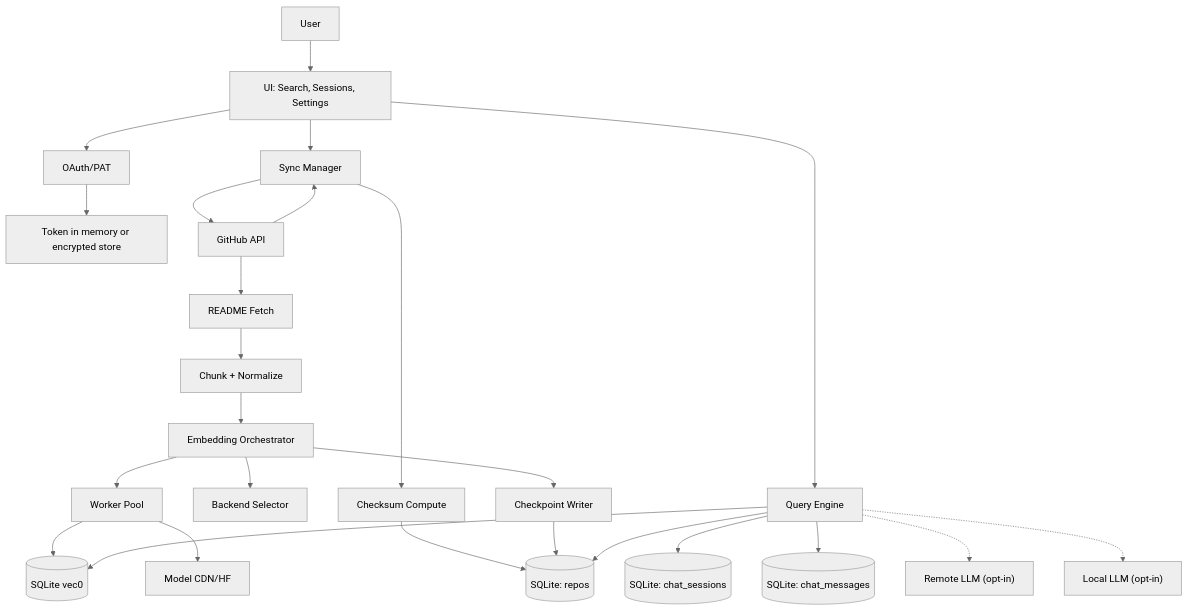
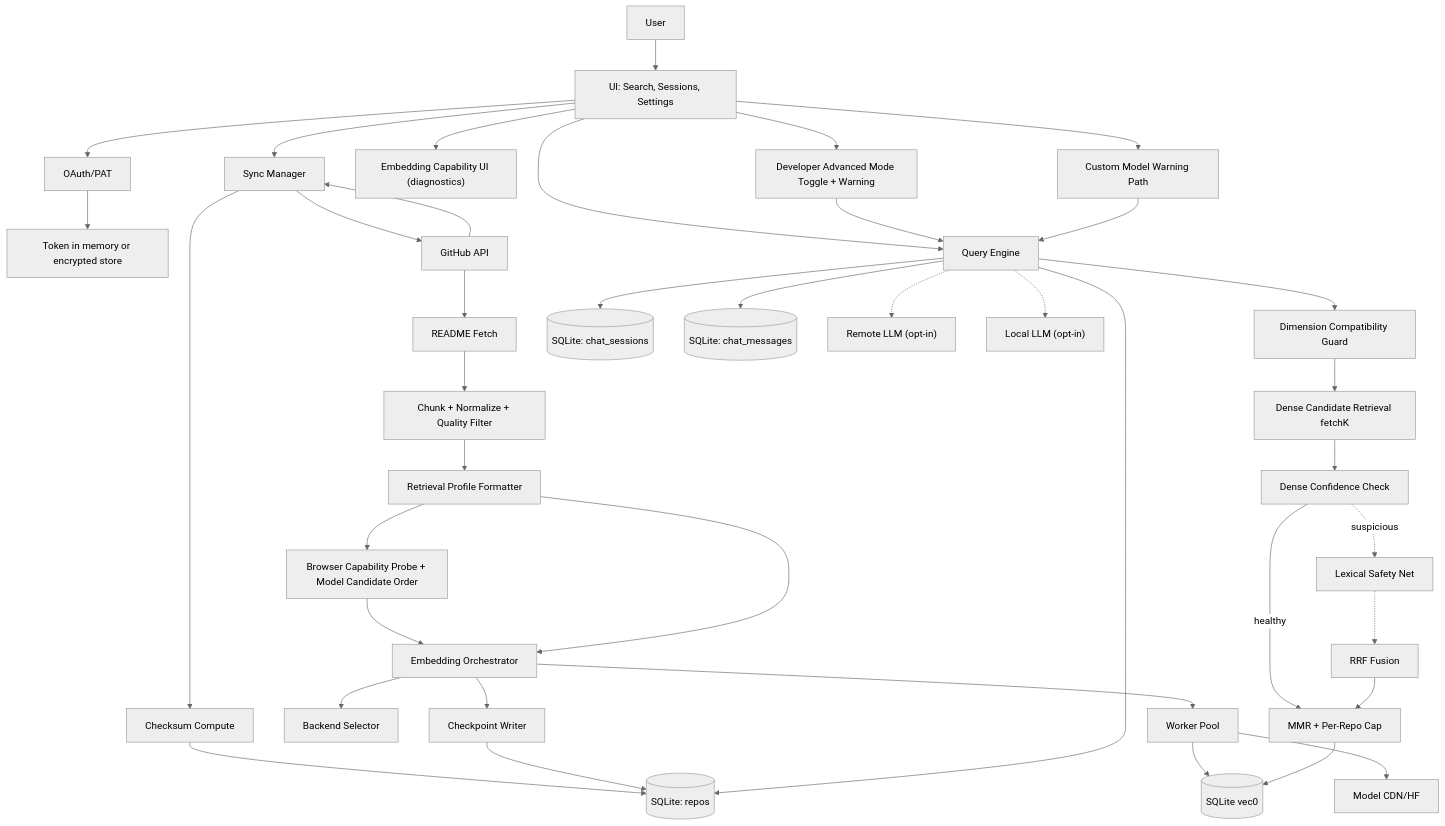
One commit to Abhinandan-Khurana/GitStarRecall changed the second of 2 diagrams in docs/dfd-diagrams.md. Above: the diagram before and after it, drawn with Mermaid (neutral theme). The commit also changed other lines of this file and 9 other files, not shown here.

Commit message:
docs: align architecture and usage guides with embedding capability and security updates

````diff
--- a/docs/dfd-diagrams.md
+++ b/docs/dfd-diagrams.md
@@ -70,31 +86,47 @@
 ```mermaid
 flowchart TD
   User[User] --> UI2[UI: Search, Sessions, Settings]
 
   UI2 --> Auth2[OAuth/PAT]
   Auth2 --> Token[Token in memory or encrypted store]
 
   UI2 --> Sync2[Sync Manager]
+  UI2 --> CapUI["Embedding Capability UI (diagnostics)"]
   Sync2 --> GH2[GitHub API]
   GH2 --> Sync2
   Sync2 --> Checksum[Checksum Compute]
   Checksum --> RepoStore[(SQLite: repos)]
   GH2 --> Readme[README Fetch]
-  Readme --> Chunker["Chunk + Normalize"]
-  Chunker --> Orchestrator2[Embedding Orchestrator]
+  Readme --> Chunker["Chunk + Normalize + Quality Filter"]
+  Chunker --> ProfileFmt["Retrieval Profile Formatter"]
+  ProfileFmt --> CapProbe2["Browser Capability Probe + Model Candidate Order"]
+  CapProbe2 --> Orchestrator2
+  ProfileFmt --> Orchestrator2
+  Orchestrator2[Embedding Orchestrator]
   Orchestrator2 --> Selector2[Backend Selector]
   Orchestrator2 --> Pool2[Worker Pool]
   Pool2 --> VecStore[(SQLite vec0)]
   Orchestrator2 --> Checkpoint2[Checkpoint Writer]
   Checkpoint2 --> RepoStore
   Pool2 --> ModelCDN2["Model CDN/HF"]
 
   UI2 --> Query2[Query Engine]
-  Query2 --> VecStore
+  Query2 --> Guard["Dimension Compatibility Guard"]
+  Guard --> Dense2["Dense Candidate Retrieval fetchK"]
+  Dense2 --> Confidence2["Dense Confidence Check"]
+  Confidence2 -->|healthy| Rerank2["MMR + Per-Repo Cap"]
+  Confidence2 -.->|suspicious| Lex2["Lexical Safety Net"]
+  Lex2 -.-> Fuse2["RRF Fusion"]
+  Fuse2 --> Rerank2
+  Rerank2 --> VecStore
   Query2 --> RepoStore
   Query2 --> SessionStore[(SQLite: chat_sessions)]
   Query2 --> MessageStore[(SQLite: chat_messages)]
+  UI2 --> CustomWarn["Custom Model Warning Path"]
+  UI2 --> SudoToggle["Developer Advanced Mode Toggle + Warning"]
+  SudoToggle --> Query2
+  CustomWarn --> Query2
 
   Query2 -.-> RemoteLLM["Remote LLM (opt-in)"]
   Query2 -.-> LocalLLM2["Local LLM (opt-in)"]
 ```
````
